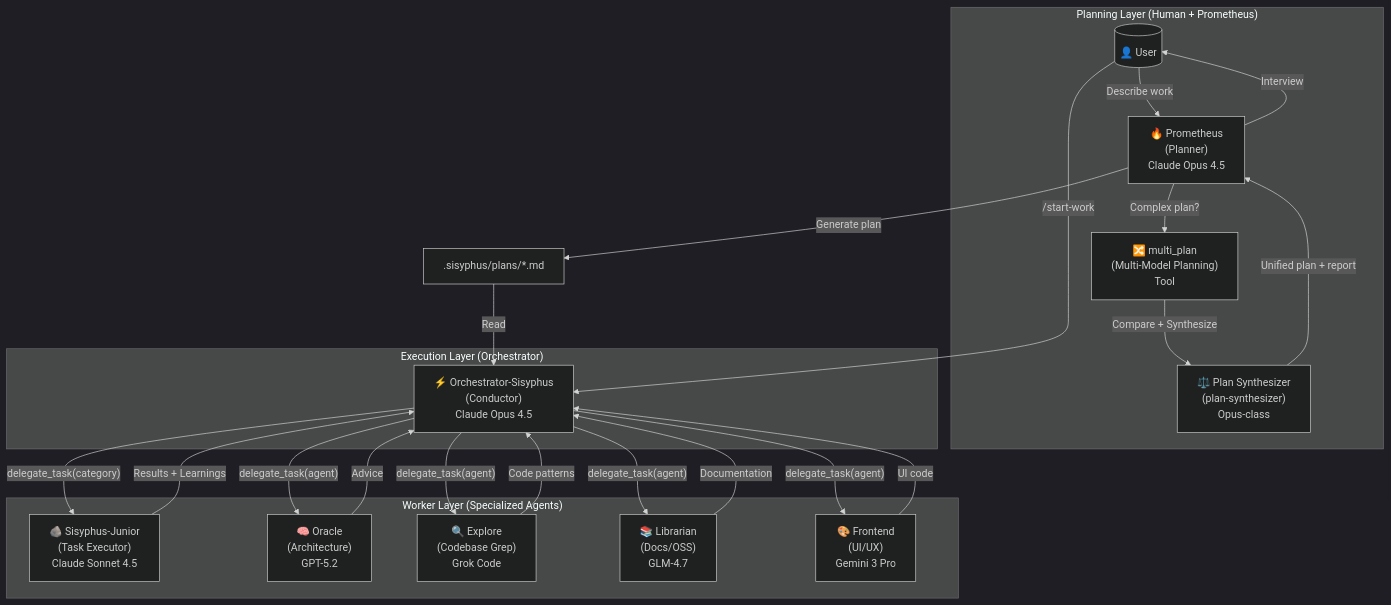
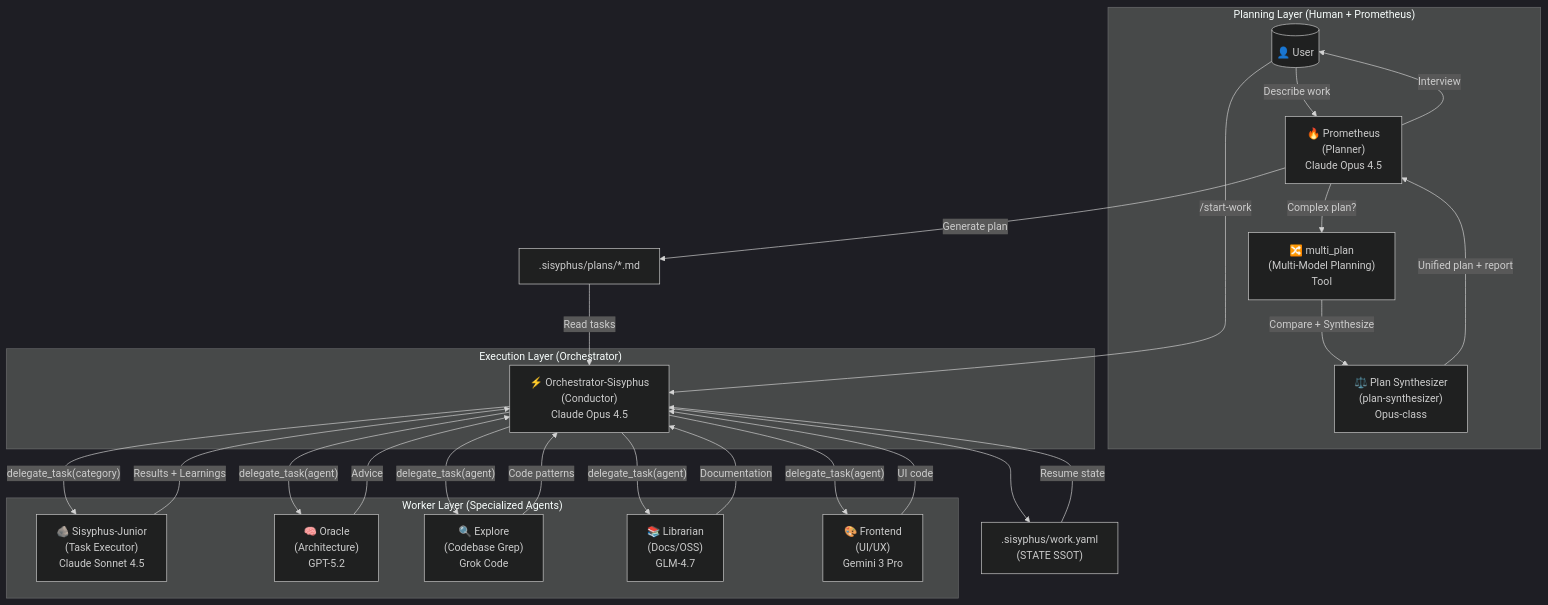
One commit to arcthur/oh-my-opencode changed the first of 4 diagrams in docs/guide/understanding-orchestration-system.md. Above: the diagram before and after it, drawn with Mermaid (dark theme). The commit also changed other lines of this file and 21 other files, not shown here.

First line of the commit message:
refactor(state): rename boulder-state to work-state with YAML format

````diff
--- a/docs/guide/understanding-orchestration-system.md
+++ b/docs/guide/understanding-orchestration-system.md
@@ -22,43 +22,45 @@
 ```mermaid
 flowchart TB
     subgraph Planning["Planning Layer (Human + Prometheus)"]
         User[("👤 User")]
         Prometheus["🔥 Prometheus<br/>(Planner)<br/>Claude Opus 4.5"]
         MultiPlan["🔀 multi_plan<br/>(Multi-Model Planning)<br/>Tool"]
         Synth["⚖️ Plan Synthesizer<br/>(plan-synthesizer)<br/>Opus-class"]
     end
     
     subgraph Execution["Execution Layer (Orchestrator)"]
         Orchestrator["⚡ Orchestrator-Sisyphus<br/>(Conductor)<br/>Claude Opus 4.5"]
     end
     
     subgraph Workers["Worker Layer (Specialized Agents)"]
         Junior["🪨 Sisyphus-Junior<br/>(Task Executor)<br/>Claude Sonnet 4.5"]
         Oracle["🧠 Oracle<br/>(Architecture)<br/>GPT-5.2"]
         Explore["🔍 Explore<br/>(Codebase Grep)<br/>Grok Code"]
         Librarian["📚 Librarian<br/>(Docs/OSS)<br/>GLM-4.7"]
         Frontend["🎨 Frontend<br/>(UI/UX)<br/>Gemini 3 Pro"]
     end
     
     User -->|"Describe work"| Prometheus
     Prometheus -->|"Interview"| User
     Prometheus -->|"Generate plan"| Plan[".sisyphus/plans/*.md"]
     Prometheus -->|"Complex plan?"| MultiPlan
     MultiPlan -->|"Compare + Synthesize"| Synth
     Synth -->|"Unified plan + report"| Prometheus
     
     User -->|"/start-work"| Orchestrator
-    Plan -->|"Read"| Orchestrator
+    Orchestrator --> WorkState[".sisyphus/work.yaml<br/>(STATE SSOT)"]
+    Plan -->|"Read tasks"| Orchestrator
+    WorkState -->|"Resume state"| Orchestrator
     
     Orchestrator -->|"delegate_task(category)"| Junior
     Orchestrator -->|"delegate_task(agent)"| Oracle
     Orchestrator -->|"delegate_task(agent)"| Explore
     Orchestrator -->|"delegate_task(agent)"| Librarian
     Orchestrator -->|"delegate_task(agent)"| Frontend
     
     Junior -->|"Results + Learnings"| Orchestrator
     Oracle -->|"Advice"| Orchestrator
     Explore -->|"Code patterns"| Orchestrator
     Librarian -->|"Documentation"| Orchestrator
     Frontend -->|"UI code"| Orchestrator
 ```
````
